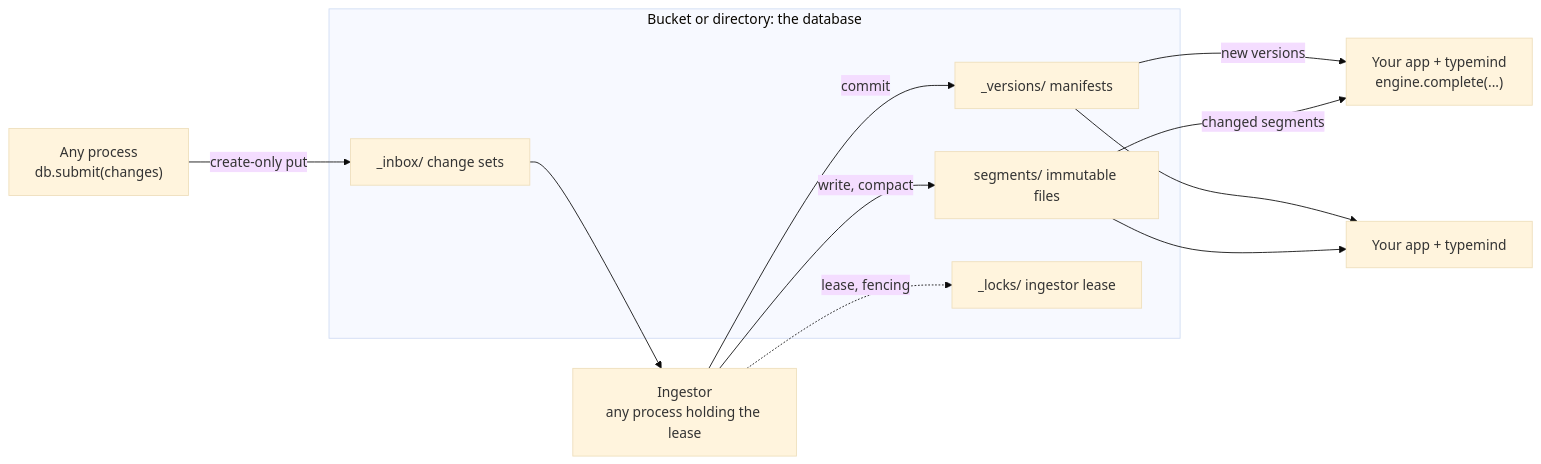
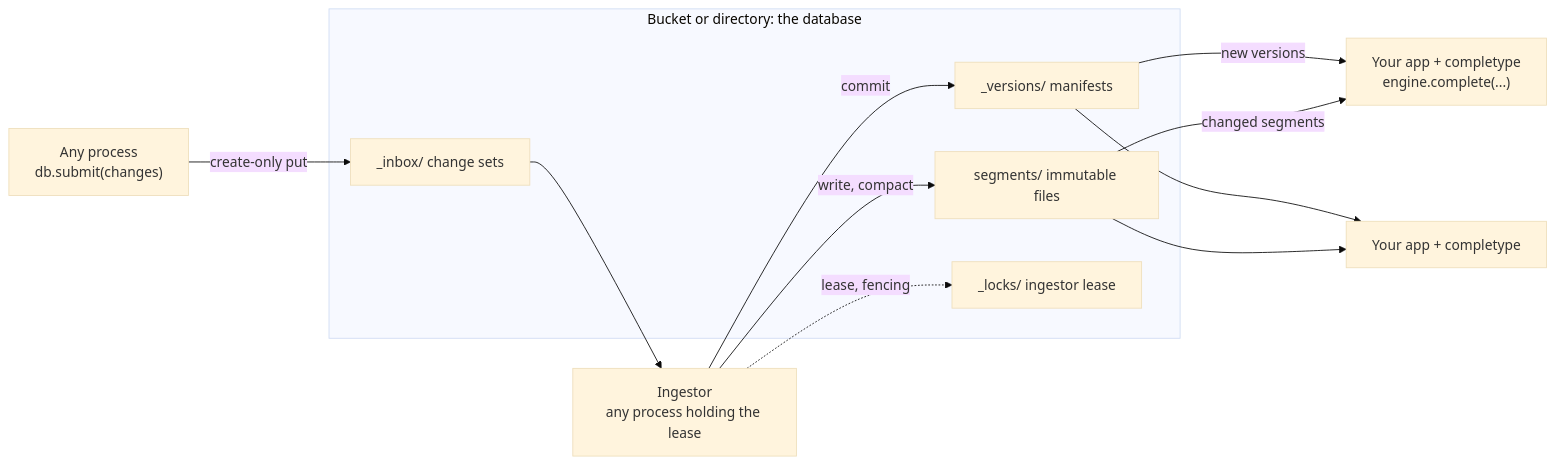
One commit to sayef/completype changed the diagram in docs/guides/writers.md. Above: the diagram before and after it, drawn with Mermaid (base theme). The commit also changed other lines of this file and 197 other files, not shown here.

````diff
--- a/docs/guides/writers.md
+++ b/docs/guides/writers.md
@@ -8,18 +8,18 @@
 ```mermaid
 flowchart LR
     P["Any process<br/>db.submit(changes)"] -- "create-only put" --> I
     subgraph B["Bucket or directory: the database"]
         I["_inbox/ change sets"]
         M["_versions/ manifests"]
         S["segments/ immutable files"]
         L["_locks/ ingestor lease"]
     end
     I --> W["Ingestor<br/>any process holding the lease"]
     W -- "commit" --> M
     W -- "write, compact" --> S
     W -. "lease, fencing" .-> L
-    M -- "new versions" --> F1["Your app + typemind<br/>engine.complete(...)"]
+    M -- "new versions" --> F1["Your app + completype<br/>engine.complete(...)"]
     S -- "changed segments" --> F1
-    M --> F2["Your app + typemind"]
+    M --> F2["Your app + completype"]
     S --> F2
 ```
````
